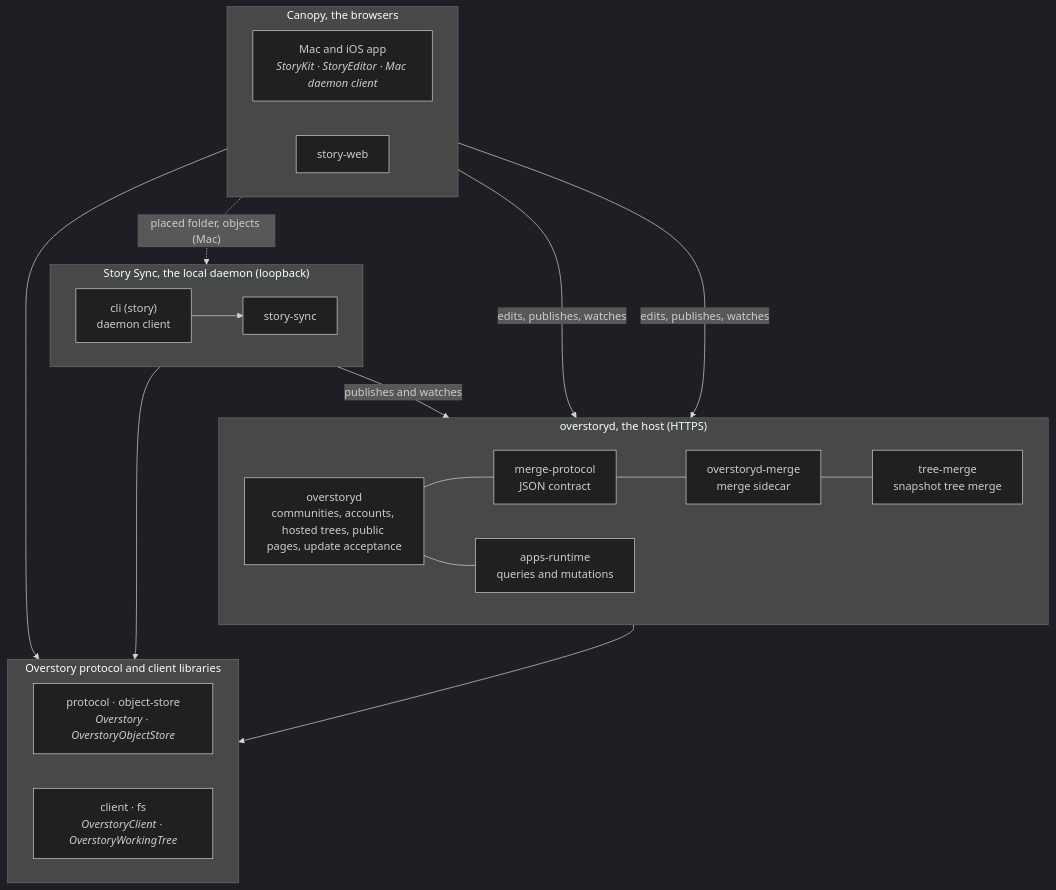
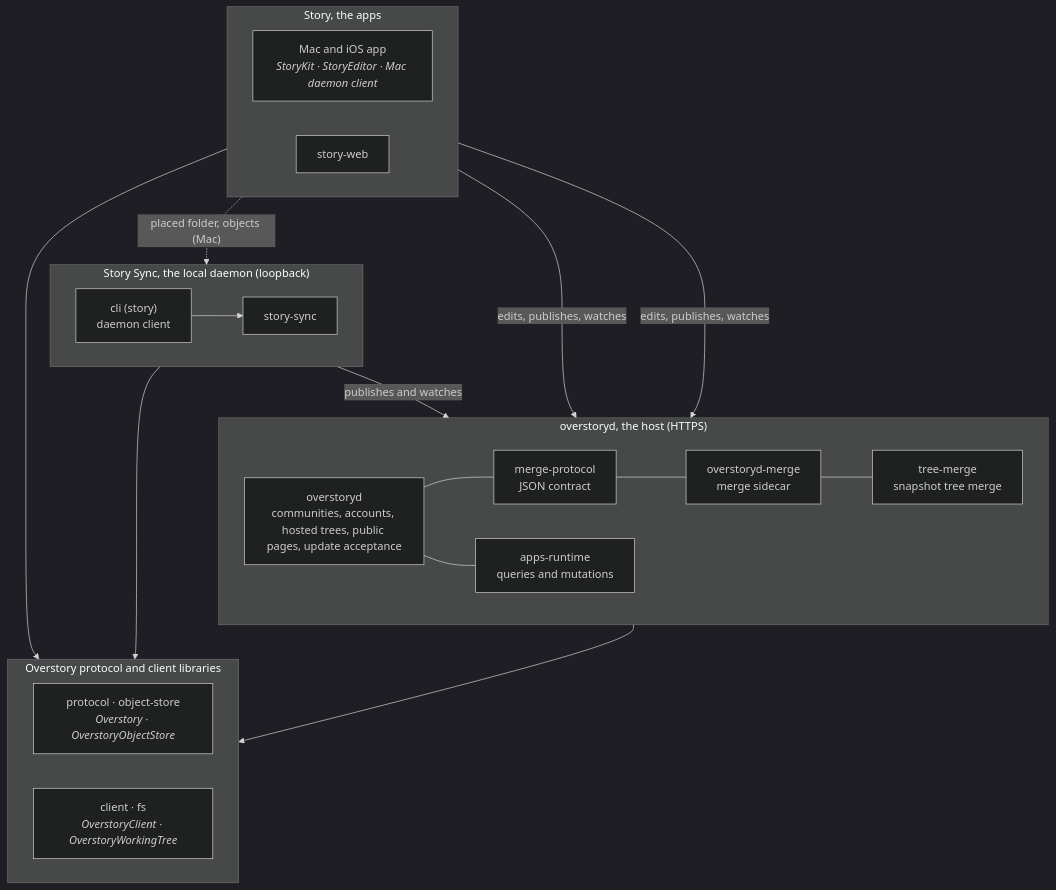
Before and after one commit to jxe/arbor: the diagram in README.md, drawn with Mermaid (dark theme). The commit also changed other lines of this file and 239 other files, not shown here.

````diff
--- a/README.md
+++ b/README.md
@@ -44,38 +44,38 @@
 ```mermaid
 flowchart TB
   subgraph proto["Overstory protocol and client libraries"]
     direction LR
     P["protocol · object-store<br/><i>Overstory · OverstoryObjectStore</i>"]
     C["client · fs<br/><i>OverstoryClient · OverstoryWorkingTree</i>"]
   end
   subgraph host["overstoryd, the host (HTTPS)"]
     direction LR
     D["overstoryd<br/>communities, accounts, hosted trees, public pages, update acceptance"]
     M["overstoryd-merge<br/>merge sidecar"]
     MP["merge-protocol<br/>JSON contract"]
     TM["tree-merge<br/>snapshot tree merge"]
     AR["apps-runtime<br/>queries and mutations"]
   end
   subgraph story["Story Sync, the local daemon (loopback)"]
     direction LR
     AS["story-sync"]
     CLI["cli (story)<br/>daemon client"]
   end
-  subgraph overstoryd["Canopy, the browsers"]
+  subgraph apps["Story, the apps"]
     direction LR
     APP["Mac and iOS app<br/><i>StoryKit · StoryEditor · Mac daemon client</i>"]
     WEB["story-web"]
   end
   D --- MP
   MP --- M
   M --- TM
   D --- AR
   AS -- "publishes and watches" --> D
   APP -- "edits, publishes, watches" --> D
   WEB -- "edits, publishes, watches" --> D
   APP -. "placed folder, objects (Mac)" .-> AS
   CLI --> AS
   host --> proto
   story --> proto
-  overstoryd --> proto
+  apps --> proto
 ```
````
